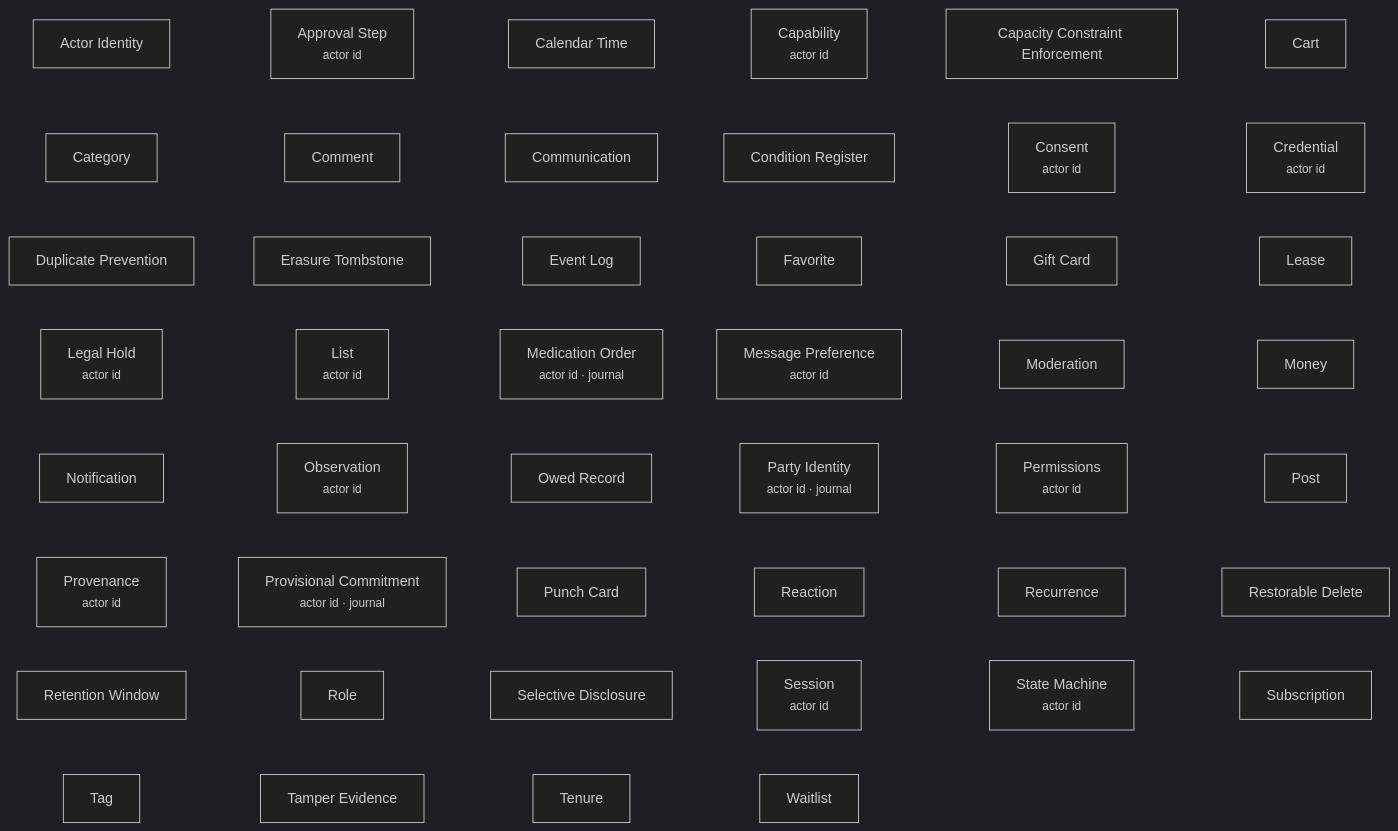
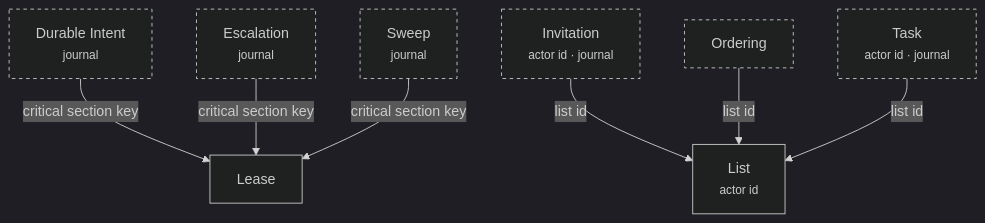
Before and after one commit to scottromack/grace-commons: the fourth of 6 diagrams in library/graph.md, drawn with Mermaid. The commit also changed other lines of this file and 3 other files, not shown here.

First line of the commit message:
site: the bond graph, layer 0 split — only atoms with bonds drawn

````diff
--- a/library/graph.md
+++ b/library/graph.md
@@ -78,58 +78,20 @@
 ```mermaid
 %%{init: {"theme": "dark", "flowchart": {"htmlLabels": true}} }%%
-flowchart LR
-  b0_actor_identity["Actor Identity"]
-  b0_approval_step["Approval Step<br/><small>actor id</small>"]
-  b0_calendar_time["Calendar Time"]
-  b0_capability["Capability<br/><small>actor id</small>"]
-  b0_capacity_constraint_enforcement["Capacity Constraint Enforcement"]
-  b0_cart["Cart"]
-  b0_category["Category"]
-  b0_comment["Comment"]
-  b0_communication["Communication"]
-  b0_condition_register["Condition Register"]
-  b0_consent["Consent<br/><small>actor id</small>"]
-  b0_credential["Credential<br/><small>actor id</small>"]
-  b0_duplicate_prevention["Duplicate Prevention"]
-  b0_erasure_tombstone["Erasure Tombstone"]
-  b0_event_log["Event Log"]
-  b0_favorite["Favorite"]
-  b0_gift_card["Gift Card"]
+flowchart TB
   b0_lease["Lease"]
-  b0_legal_hold["Legal Hold<br/><small>actor id</small>"]
   b0_list["List<br/><small>actor id</small>"]
-  b0_medication_order["Medication Order<br/><small>actor id · journal</small>"]
-  b0_message_preference["Message Preference<br/><small>actor id</small>"]
-  b0_moderation["Moderation"]
-  b0_money["Money"]
-  b0_notification["Notification"]
-  b0_observation["Observation<br/><small>actor id</small>"]
-  b0_owed_record["Owed Record"]
-  b0_party_identity["Party Identity<br/><small>actor id · journal</small>"]
-  b0_permissions["Permissions<br/><small>actor id</small>"]
-  b0_post["Post"]
-  b0_provenance["Provenance<br/><small>actor id</small>"]
-  b0_provisional_commitment["Provisional Commitment<br/><small>actor id · journal</small>"]
-  b0_punch_card["Punch Card"]
-  b0_reaction["Reaction"]
-  b0_recurrence["Recurrence"]
-  b0_restorable_delete["Restorable Delete"]
-  b0_retention_window["Retention Window"]
-  b0_role["Role"]
-  b0_selective_disclosure["Selective Disclosure"]
-  b0_session["Session<br/><small>actor id</small>"]
-  b0_state_machine["State Machine<br/><small>actor id</small>"]
-  b0_subscription["Subscription"]
-  b0_tag["Tag"]
-  b0_tamper_evidence["Tamper Evidence"]
-  b0_tenure["Tenure"]
-  b0_waitlist["Waitlist"]
-  b0_actor_identity ~~~ b0_approval_step ~~~ b0_calendar_time ~~~ b0_capability ~~~ b0_capacity_constraint_enforcement ~~~ b0_cart
-  b0_category ~~~ b0_comment ~~~ b0_communication ~~~ b0_condition_register ~~~ b0_consent ~~~ b0_credential
-  b0_duplicate_prevention ~~~ b0_erasure_tombstone ~~~ b0_event_log ~~~ b0_favorite ~~~ b0_gift_card ~~~ b0_lease
-  b0_legal_hold ~~~ b0_list ~~~ b0_medication_order ~~~ b0_message_preference ~~~ b0_moderation ~~~ b0_money
-  b0_notification ~~~ b0_observation ~~~ b0_owed_record ~~~ b0_party_identity ~~~ b0_permissions ~~~ b0_post
-  b0_provenance ~~~ b0_provisional_commitment ~~~ b0_punch_card ~~~ b0_reaction ~~~ b0_recurrence ~~~ b0_restorable_delete
-  b0_retention_window ~~~ b0_role ~~~ b0_selective_disclosure ~~~ b0_session ~~~ b0_state_machine ~~~ b0_subscription
-  b0_tag ~~~ b0_tamper_evidence ~~~ b0_tenure ~~~ b0_waitlist
+  b0_durable_intent["Durable Intent<br/><small>journal</small>"]
+  b0_escalation["Escalation<br/><small>journal</small>"]
+  b0_invitation["Invitation<br/><small>actor id · journal</small>"]
+  b0_ordering["Ordering"]
+  b0_sweep["Sweep<br/><small>journal</small>"]
+  b0_task["Task<br/><small>actor id · journal</small>"]
+  class b0_durable_intent,b0_escalation,b0_invitation,b0_ordering,b0_sweep,b0_task lower
+  b0_durable_intent -->|"critical section key"| b0_lease
+  b0_escalation -->|"critical section key"| b0_lease
+  b0_invitation -->|"list id"| b0_list
+  b0_ordering -->|"list id"| b0_list
+  b0_sweep -->|"critical section key"| b0_lease
+  b0_task -->|"list id"| b0_list
+  classDef lower stroke-dasharray: 4 4
 ```
````
